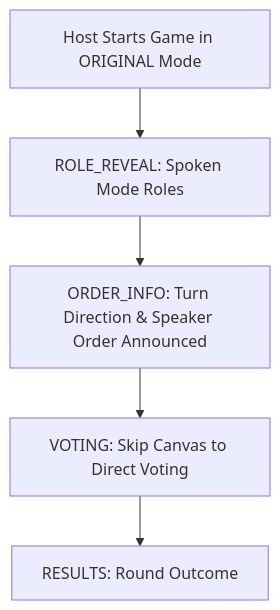
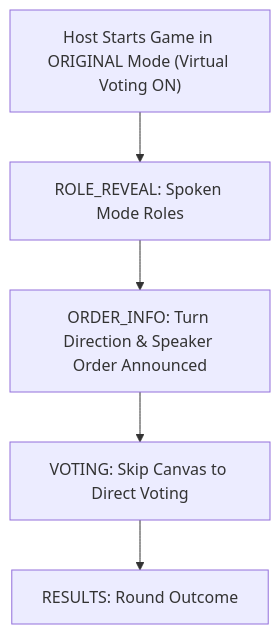
Before and after one commit to JAM-Productions/inkpostor-frontend: the fourth of 36 diagrams in docs/E2E_FLOWS.md, drawn with Mermaid. The commit also changed other lines of this file and 29 other files, not shown here.

Commit message:
enable_virtual_voting_and_game_results_fix

````diff
--- a/docs/E2E_FLOWS.md
+++ b/docs/E2E_FLOWS.md
@@ -93,7 +94,7 @@
 ```mermaid
 flowchart TD
-    Start["Host Starts Game in ORIGINAL Mode"] --> RoleReveal["ROLE_REVEAL: Spoken Mode Roles"]
+    Start["Host Starts Game in ORIGINAL Mode (Virtual Voting ON)"] --> RoleReveal["ROLE_REVEAL: Spoken Mode Roles"]
     RoleReveal --> OrderInfo["ORDER_INFO: Turn Direction & Speaker Order Announced"]
     OrderInfo --> Voting["VOTING: Skip Canvas to Direct Voting"]
     Voting --> Results["RESULTS: Round Outcome"]
 ```
````
